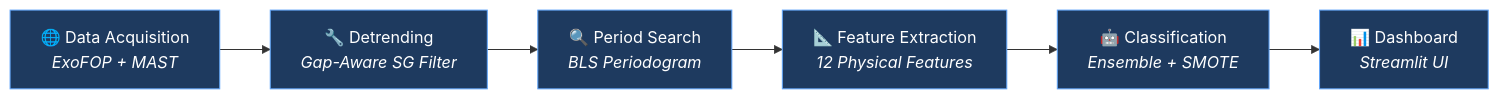
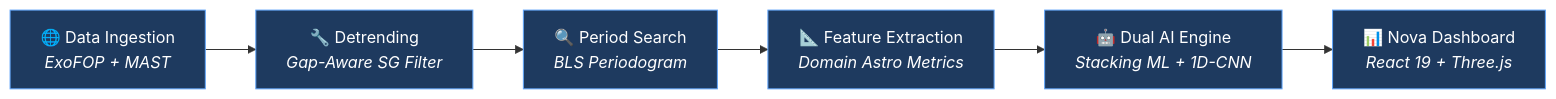
The diagram in README.md (Rajratna-D/Exofinder), drawn with Mermaid before and after one commit. The commit also changed other lines of this file, not shown here.

Commit message:
docs: refresh README with 1,393-star benchmarks, 22 physical features & Parquet data access guide

````diff
--- a/README.md
+++ b/README.md
@@ -104,15 +87,15 @@
 ```mermaid
 graph LR
-    A["🌐 Data Acquisition<br/><i>ExoFOP + MAST</i>"] --> B["🔧 Detrending<br/><i>Gap-Aware SG Filter</i>"]
+    A["🌐 Data Ingestion<br/><i>ExoFOP + MAST</i>"] --> B["🔧 Detrending<br/><i>Gap-Aware SG Filter</i>"]
     B --> C["🔍 Period Search<br/><i>BLS Periodogram</i>"]
-    C --> D["📐 Feature Extraction<br/><i>12 Physical Features</i>"]
-    D --> E["🤖 Classification<br/><i>Ensemble + SMOTE</i>"]
-    E --> F["📊 Dashboard<br/><i>Streamlit UI</i>"]
+    C --> D["📐 Feature Extraction<br/><i>Domain Astro Metrics</i>"]
+    D --> E["🤖 Dual AI Engine<br/><i>Stacking ML + 1D-CNN</i>"]
+    E --> F["📊 Nova Dashboard<br/><i>React 19 + Three.js</i>"]
 
     style A fill:#1e3a5f,stroke:#60a5fa,color:#fff
     style B fill:#1e3a5f,stroke:#60a5fa,color:#fff
     style C fill:#1e3a5f,stroke:#60a5fa,color:#fff
     style D fill:#1e3a5f,stroke:#60a5fa,color:#fff
     style E fill:#1e3a5f,stroke:#60a5fa,color:#fff
     style F fill:#1e3a5f,stroke:#60a5fa,color:#fff
 ```
````
